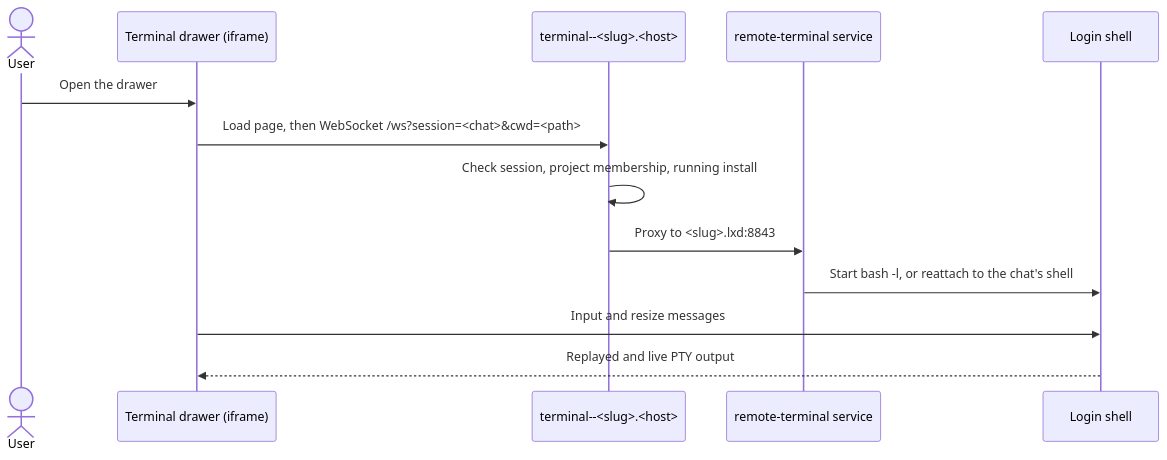
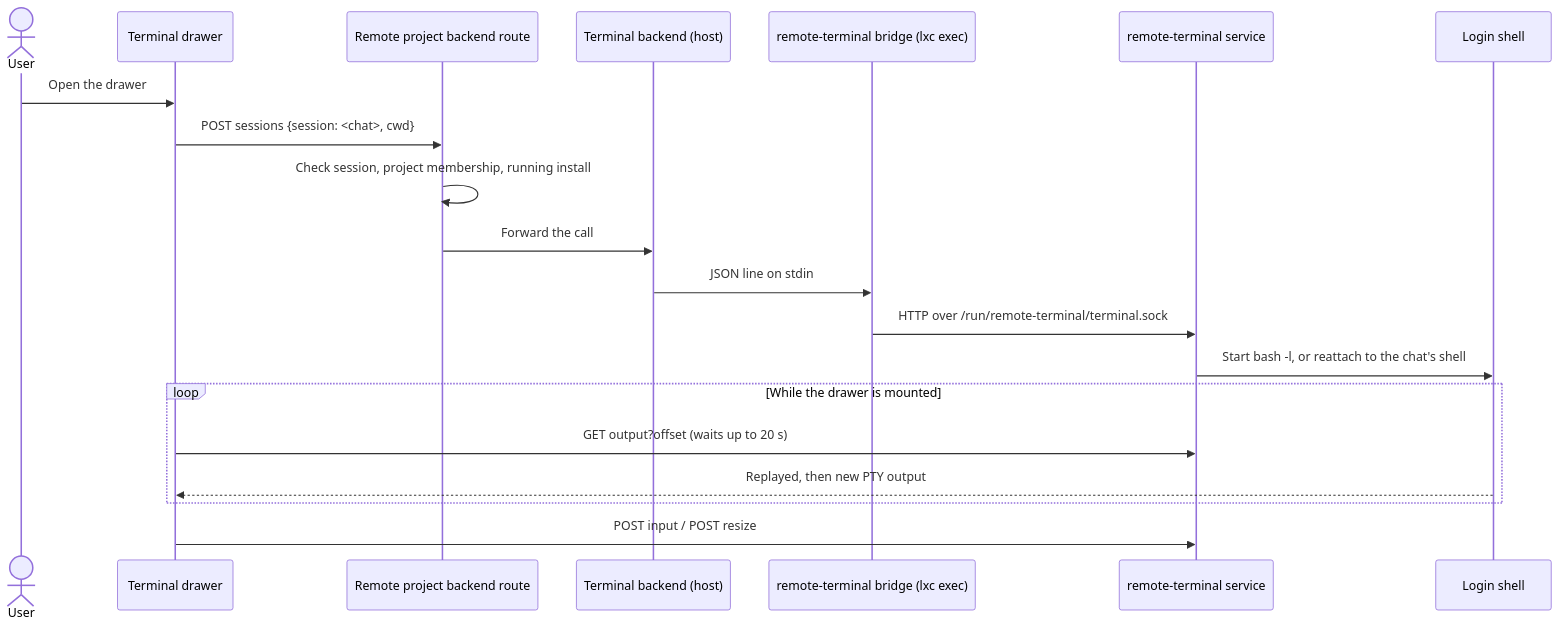
One commit to futrx-com/remote.futrx changed the fourth of 5 diagrams in docs/02-workspaces/05-workspace-tools.md. Above: the diagram before and after it, drawn with Mermaid. The commit also changed other lines of this file and 8 other files, not shown here.

````diff
--- a/docs/02-workspaces/05-workspace-tools.md
+++ b/docs/02-workspaces/05-workspace-tools.md
@@ -105,16 +109,23 @@
 ```mermaid
 sequenceDiagram
     actor User
-    participant UI as Terminal drawer (iframe)
-    participant Gateway as terminal--<slug>.<host>
+    participant UI as Terminal drawer
+    participant Remote as Remote project backend route
+    participant Backend as Terminal backend (host)
+    participant Bridge as remote-terminal bridge (lxc exec)
     participant Service as remote-terminal service
     participant Bash as Login shell
 
     User->>UI: Open the drawer
-    UI->>Gateway: Load page, then WebSocket /ws?session=<chat>&cwd=<path>
-    Gateway->>Gateway: Check session, project membership, running install
-    Gateway->>Service: Proxy to <slug>.lxd:8843
+    UI->>Remote: POST sessions {session: <chat>, cwd}
+    Remote->>Remote: Check session, project membership, running install
+    Remote->>Backend: Forward the call
+    Backend->>Bridge: JSON line on stdin
+    Bridge->>Service: HTTP over /run/remote-terminal/terminal.sock
     Service->>Bash: Start bash -l, or reattach to the chat's shell
-    UI->>Bash: Input and resize messages
-    Bash-->>UI: Replayed and live PTY output
+    loop While the drawer is mounted
+        UI->>Service: GET output?offset (waits up to 20 s)
+        Bash-->>UI: Replayed, then new PTY output
+    end
+    UI->>Service: POST input / POST resize
 ```
````
